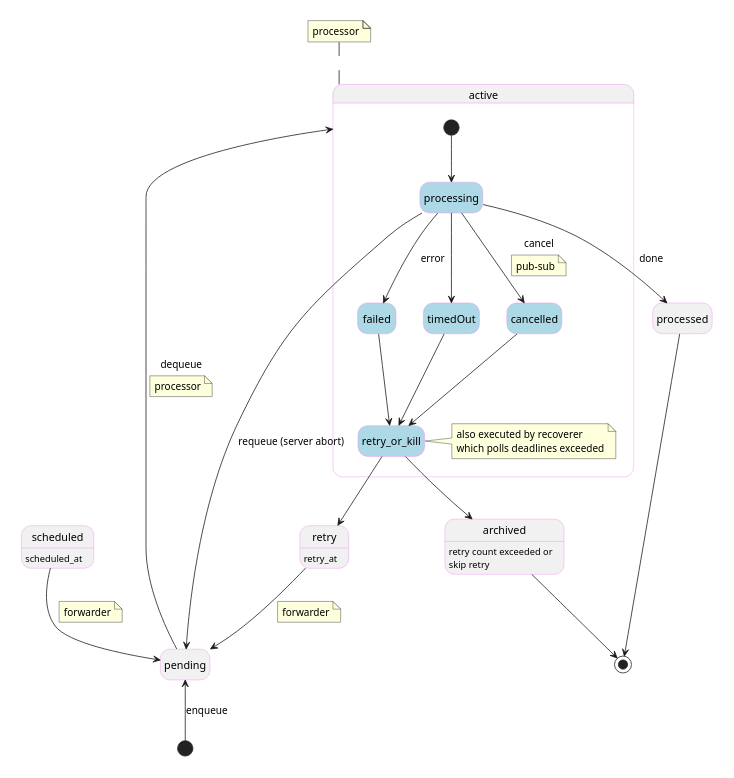
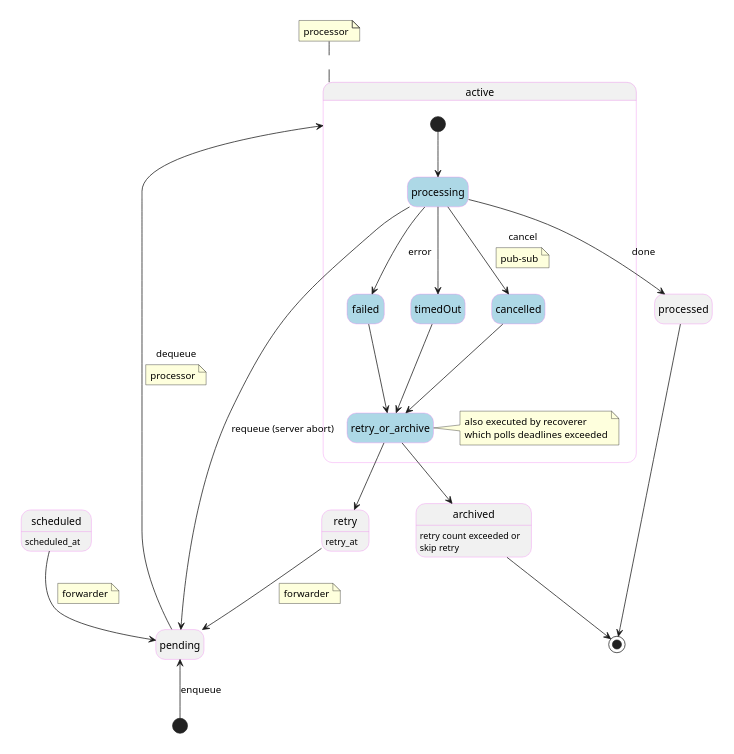
One commit to qluvio/asynq changed the diagram in docs/task_state.puml. Above: the diagram before and after it, drawn with PlantUML. The commit also changed 27 other files, not shown here.

```diff
--- a/docs/task_state.puml
+++ b/docs/task_state.puml
@@ -1,72 +1,72 @@
 @startuml
 'https://plantuml.com/state-diagram
 
 hide empty description
 scale 350 width
 skinparam State {
   BorderColor violet
   BackgroundColor<<active>> lightblue
 }
 
 [*] -up-> pending : enqueue
 pending -left-> active : dequeue
 note on link
   processor
 end note
 
 state processed
 state archived
 archived: retry count exceeded or
 archived: skip retry
 state retry
 retry: retry_at
 state scheduled
 scheduled: scheduled_at
 
 state active {
   [*] --> processing <<active>>
   processing --> pending : requeue (server abort)
   processing --> failed : error
   processing --> timedOut
   processing --> cancelled : cancel
   note on link
     pub-sub
   end note
 
   processing --> processed : done
 
   state failed <<active>>
   state timedOut <<active>>
   state cancelled <<active>>
 
-  failed --> retry_or_kill
-  timedOut --> retry_or_kill
-  cancelled --> retry_or_kill
+  failed --> retry_or_archive
+  timedOut --> retry_or_archive
+  cancelled --> retry_or_archive
 
-  state retry_or_kill <<active>>
-  note right of retry_or_kill
+  state retry_or_archive <<active>>
+  note right of retry_or_archive
     also executed by recoverer
     which polls deadlines exceeded
   end note
-  retry_or_kill --> archived
-  retry_or_kill --> retry
+  retry_or_archive --> archived
+  retry_or_archive --> retry
 }
 note top of active
   processor
 end note
 
 retry --> pending
 note on link
   forwarder
 end note
 
 scheduled --> pending
 note on link
   forwarder
 end note
 
 
 processed --> [*]
 archived --> [*]
 
 @enduml
```
